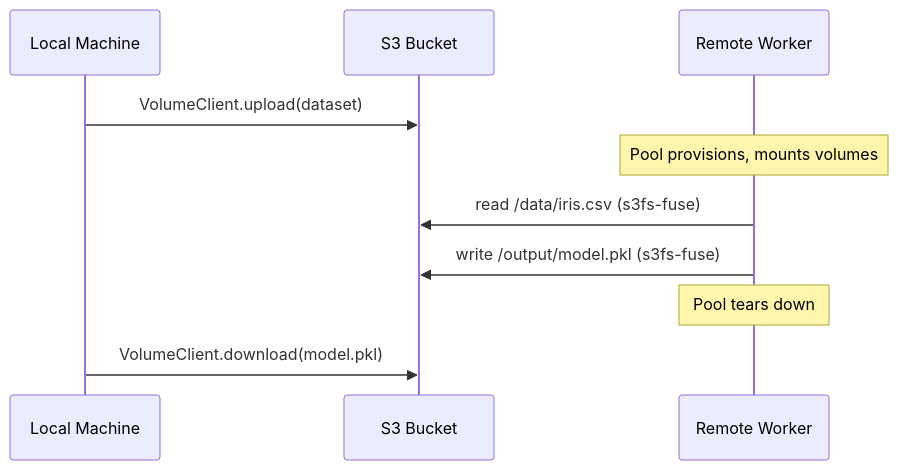
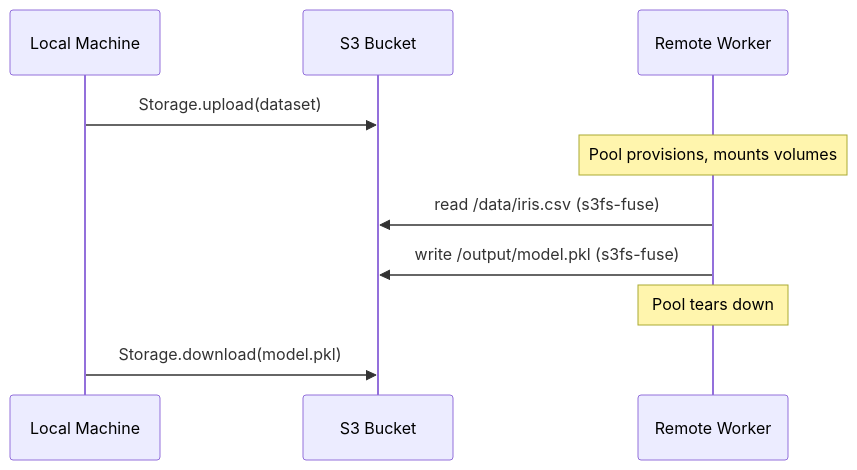
Before and after one commit to gabfssilva/skyward: the diagram in docs/guides/s3-volumes.md, drawn with Mermaid. The commit also changed other lines of this file and 3 other files, not shown here.

````diff
--- a/docs/guides/s3-volumes.md
+++ b/docs/guides/s3-volumes.md
@@ -59,13 +59,13 @@
 ```mermaid
 sequenceDiagram
     participant L as Local Machine
     participant S as S3 Bucket
     participant W as Remote Worker
 
-    L->>S: VolumeClient.upload(dataset)
+    L->>S: Storage.upload(dataset)
     Note over W: Pool provisions, mounts volumes
     W->>S: read /data/iris.csv (s3fs-fuse)
     W->>S: write /output/model.pkl (s3fs-fuse)
     Note over W: Pool tears down
-    L->>S: VolumeClient.download(model.pkl)
+    L->>S: Storage.download(model.pkl)
 ```
````
